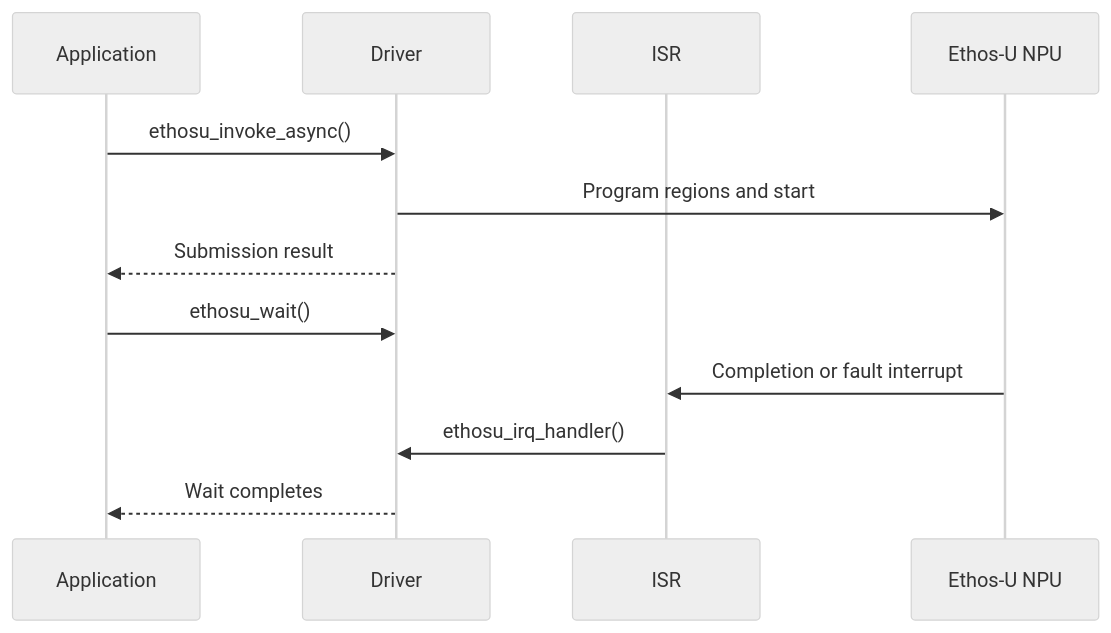
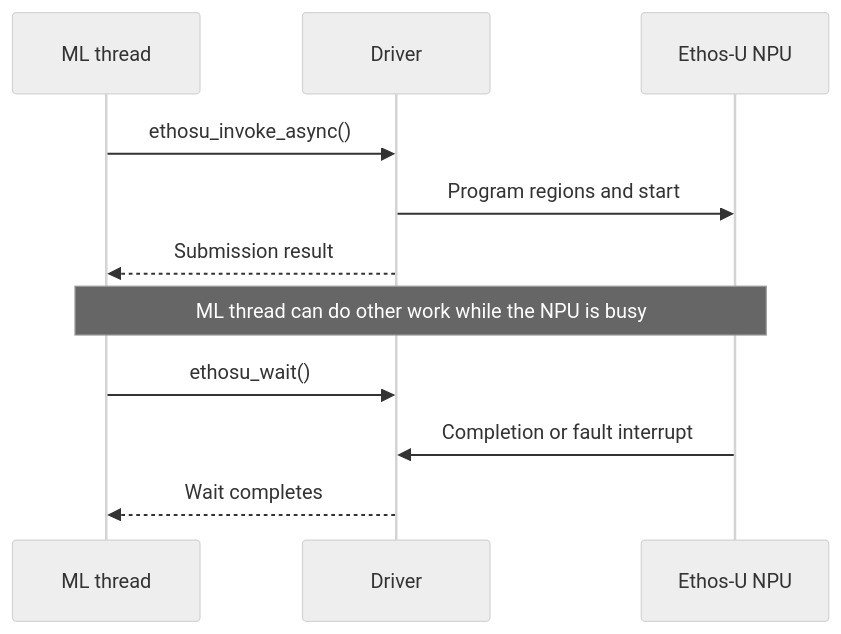
One commit to VladimirUmek/Ethos-U changed the second of 2 diagrams in documentation/doxygen/driver/src/main.md. Above: the diagram before and after it, drawn with Mermaid (neutral theme). The commit also changed other lines of this file, not shown here.

Commit message:
simplified diagram

````diff
--- a/documentation/doxygen/driver/src/main.md
+++ b/documentation/doxygen/driver/src/main.md
@@ -197,15 +197,14 @@
 ```mermaid
 sequenceDiagram
-    participant application as Application
+    participant application as ML thread
     participant driver as Driver
-    participant isr as ISR
     participant npu as Ethos-U NPU
 
     application->>driver: ethosu_invoke_async()
     driver->>npu: Program regions and start
     driver-->>application: Submission result
+    Note over application,npu: ML thread can do other work while the NPU is busy
     application->>driver: ethosu_wait()
-    npu->>isr: Completion or fault interrupt
-    isr->>driver: ethosu_irq_handler()
+    npu->>driver: Completion or fault interrupt
     driver-->>application: Wait completes
 ```
````
